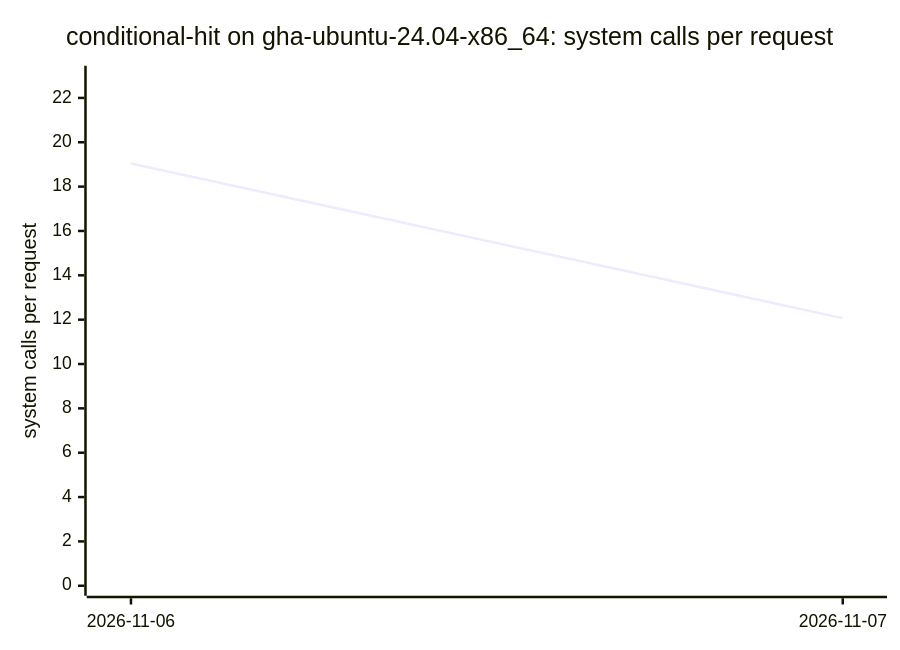
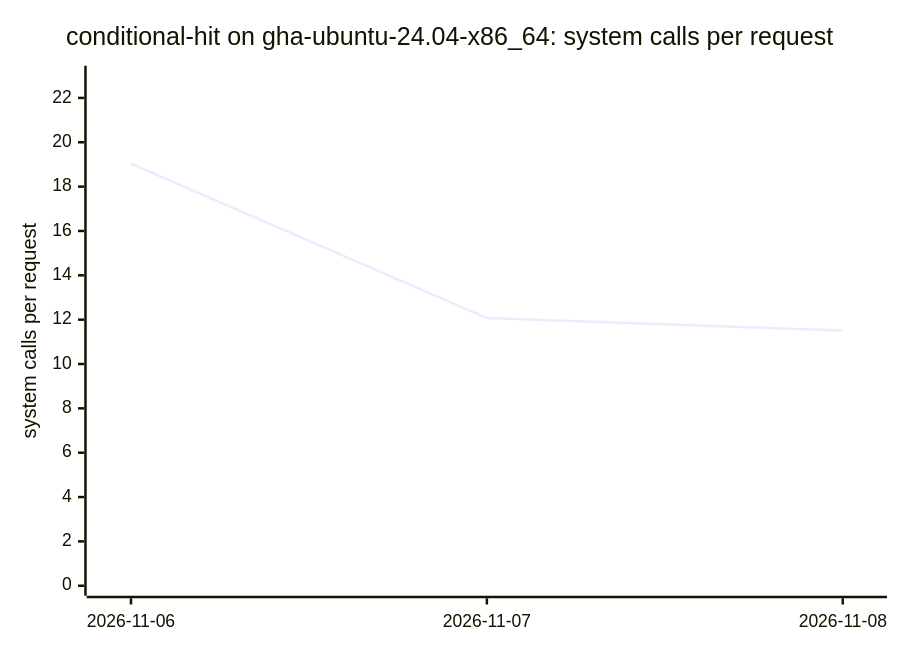
Before and after one commit to ThePixelPilgrim/durchlauferhitzer: diagram 15 of 16 in BENCHMARKS.md, drawn with Mermaid. The commit also changed other lines of this file and 1 other file, not shown here.

````diff
--- a/BENCHMARKS.md
+++ b/BENCHMARKS.md
@@ -167,7 +167,7 @@
 ```mermaid
 xychart-beta
   title "conditional-hit on gha-ubuntu-24.04-x86_64: system calls per request"
-  x-axis ["2026-11-06", "2026-11-07"]
+  x-axis ["2026-11-06", "2026-11-07", "2026-11-08"]
   y-axis "system calls per request" 0 --> 23
-  line [19.04, 12.07]
+  line [19.04, 12.07, 11.51]
 ```
````
